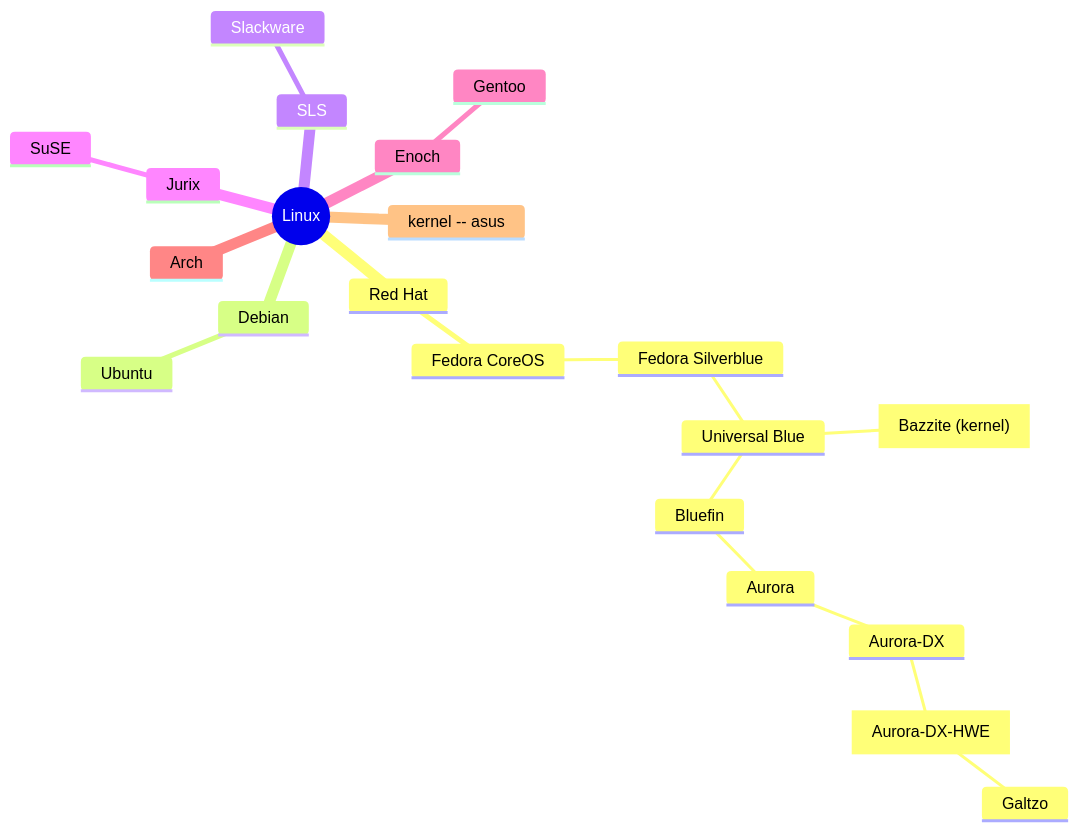
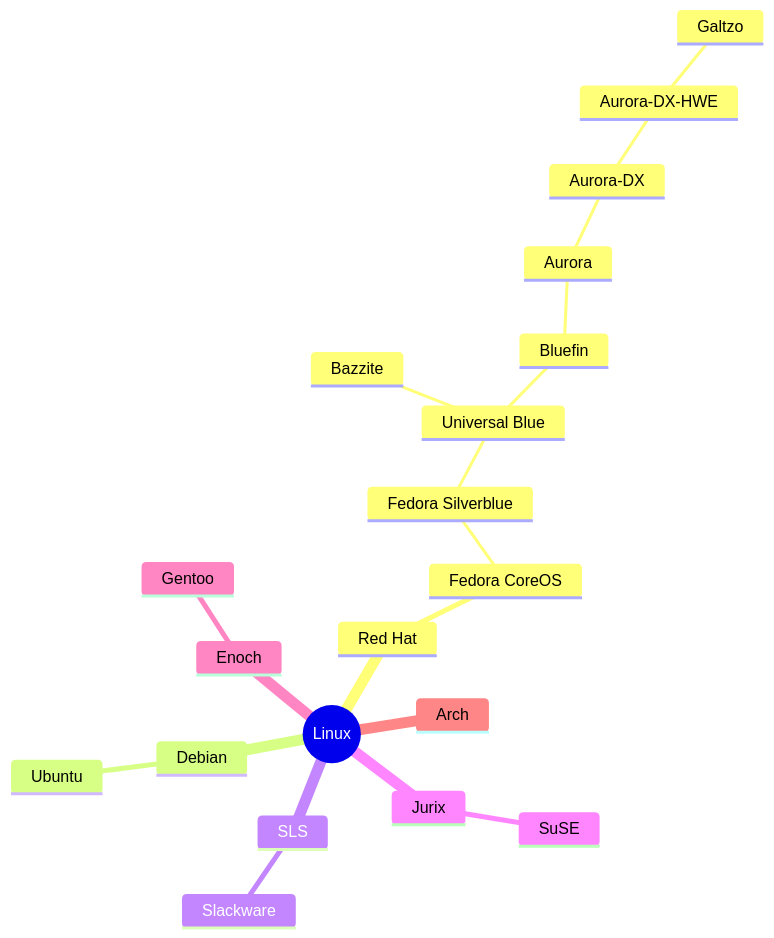
One commit to pboling/galtzo changed the diagram in README.md. Above: the diagram before and after it, drawn with Mermaid. The commit also changed other lines of this file, not shown here.

Commit message:
📝 Improve docs

````diff
--- a/README.md
+++ b/README.md
@@ -9,25 +7,24 @@
 ```mermaid
 mindmap
   root((Linux))
     Red Hat
       Fedora CoreOS
         Fedora Silverblue
           Universal Blue
-            kernel["Bazzite (kernel)"]
+            Bazzite
             Bluefin
               Aurora
                 Aurora-DX
-                  asus[Aurora-DX-HWE]
+                  Aurora-DX-HWE
                     Galtzo
+                  
     Debian
       Ubuntu
     SLS
       Slackware
     Jurix
       SuSE
     Enoch
       Gentoo
     Arch
-    kernel -- asus
-
 ```
````
